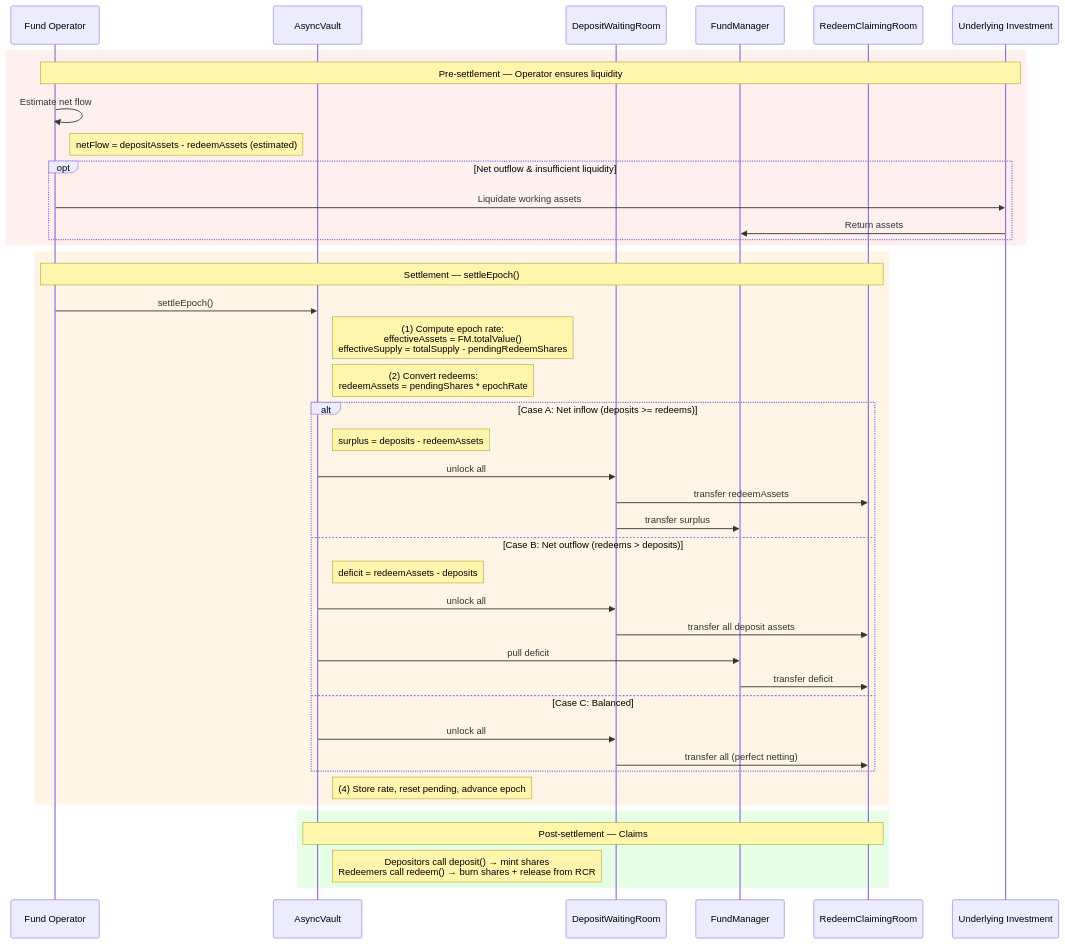
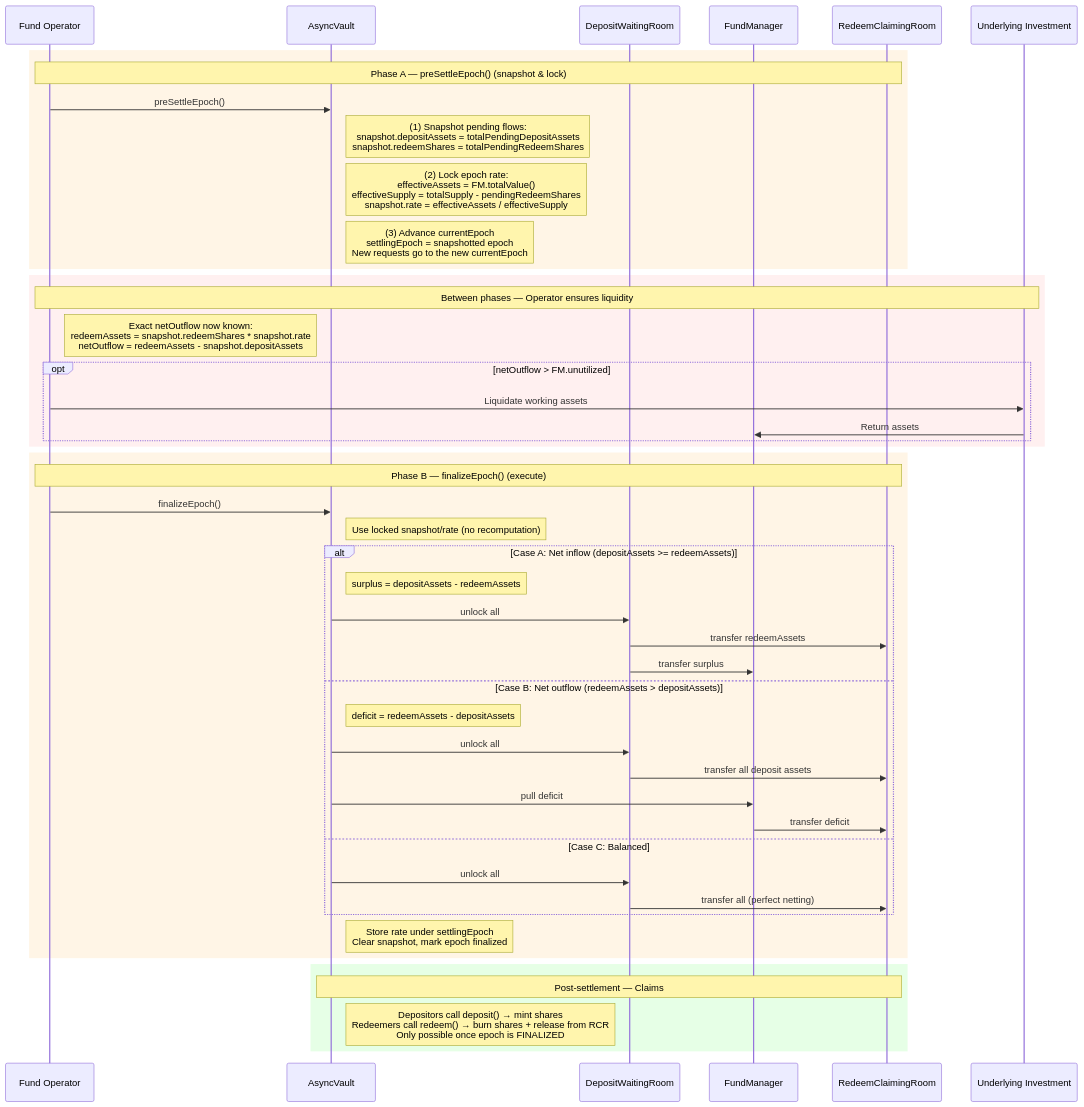
One commit to superfluid-org/stable-yield-vault changed the diagram in docs/flow/settlement-flow.md. Above: the diagram before and after it, drawn with Mermaid. The commit also changed other lines of this file and 3 other files, not shown here.

Commit message:
docs: add 2-phase settlement

````diff
--- a/docs/flow/settlement-flow.md
+++ b/docs/flow/settlement-flow.md
@@ -15,50 +15,57 @@
 ```mermaid
 sequenceDiagram
     participant FO as Fund Operator
     participant AV as AsyncVault
     participant DWR as DepositWaitingRoom
     participant FM as FundManager
     participant RCR as RedeemClaimingRoom
     participant INV as Underlying Investment
 
+    rect rgb(255, 245, 230)
+    Note over FO, RCR: Phase A — preSettleEpoch() (snapshot & lock)
+    FO->>AV: preSettleEpoch()
+    Note right of AV: (1) Snapshot pending flows:<br/>snapshot.depositAssets = totalPendingDepositAssets<br/>snapshot.redeemShares = totalPendingRedeemShares
+
+    Note right of AV: (2) Lock epoch rate:<br/>effectiveAssets = FM.totalValue()<br/>effectiveSupply = totalSupply - pendingRedeemShares<br/>snapshot.rate = effectiveAssets / effectiveSupply
+
+    Note right of AV: (3) Advance currentEpoch<br/>settlingEpoch = snapshotted epoch<br/>New requests go to the new currentEpoch
+    end
+
     rect rgb(255, 240, 240)
-    Note over FO, INV: Pre-settlement — Operator ensures liquidity
-    FO->>FO: Estimate net flow
-    Note right of FO: netFlow = depositAssets - redeemAssets (estimated)
-    opt Net outflow & insufficient liquidity
+    Note over FO, INV: Between phases — Operator ensures liquidity
+    Note right of FO: Exact netOutflow now known:<br/>redeemAssets = snapshot.redeemShares * snapshot.rate<br/>netOutflow = redeemAssets - snapshot.depositAssets
+    opt netOutflow > FM.unutilized
         FO->>INV: Liquidate working assets
         INV->>FM: Return assets
     end
     end
 
     rect rgb(255, 245, 230)
-    Note over FO, RCR: Settlement — settleEpoch()
-    FO->>AV: settleEpoch()
-    Note right of AV: (1) Compute epoch rate:<br/>effectiveAssets = FM.totalValue()<br/>effectiveSupply = totalSupply - pendingRedeemShares
+    Note over FO, RCR: Phase B — finalizeEpoch() (execute)
+    FO->>AV: finalizeEpoch()
+    Note right of AV: Use locked snapshot/rate (no recomputation)
 
-    Note right of AV: (2) Convert redeems:<br/>redeemAssets = pendingShares * epochRate
-
-    alt Case A: Net inflow (deposits >= redeems)
-        Note right of AV: surplus = deposits - redeemAssets
+    alt Case A: Net inflow (depositAssets >= redeemAssets)
+        Note right of AV: surplus = depositAssets - redeemAssets
         AV->>DWR: unlock all
         DWR->>RCR: transfer redeemAssets
         DWR->>FM: transfer surplus
-    else Case B: Net outflow (redeems > deposits)
-        Note right of AV: deficit = redeemAssets - deposits
+    else Case B: Net outflow (redeemAssets > depositAssets)
+        Note right of AV: deficit = redeemAssets - depositAssets
         AV->>DWR: unlock all
         DWR->>RCR: transfer all deposit assets
         AV->>FM: pull deficit
         FM->>RCR: transfer deficit
     else Case C: Balanced
         AV->>DWR: unlock all
         DWR->>RCR: transfer all (perfect netting)
     end
 
-    Note right of AV: (4) Store rate, reset pending, advance epoch
+    Note right of AV: Store rate under settlingEpoch<br/>Clear snapshot, mark epoch finalized
     end
 
     rect rgb(230, 255, 230)
     Note over AV, RCR: Post-settlement — Claims
-    Note right of AV: Depositors call deposit() → mint shares<br/>Redeemers call redeem() → burn shares + release from RCR
+    Note right of AV: Depositors call deposit() → mint shares<br/>Redeemers call redeem() → burn shares + release from RCR<br/>Only possible once epoch is FINALIZED
     end
 ```
````
